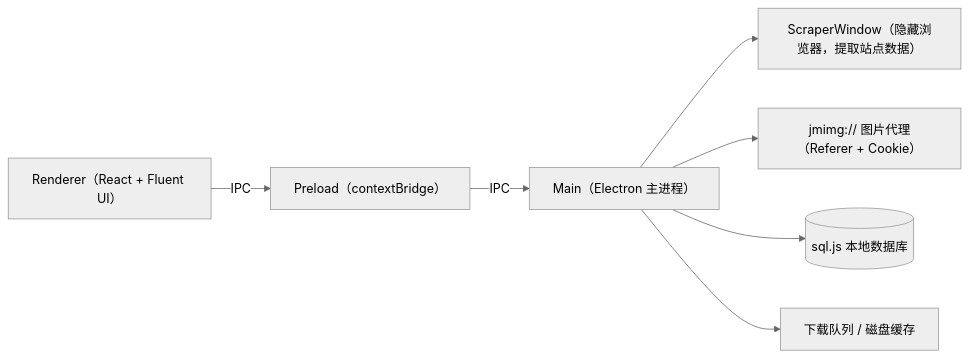
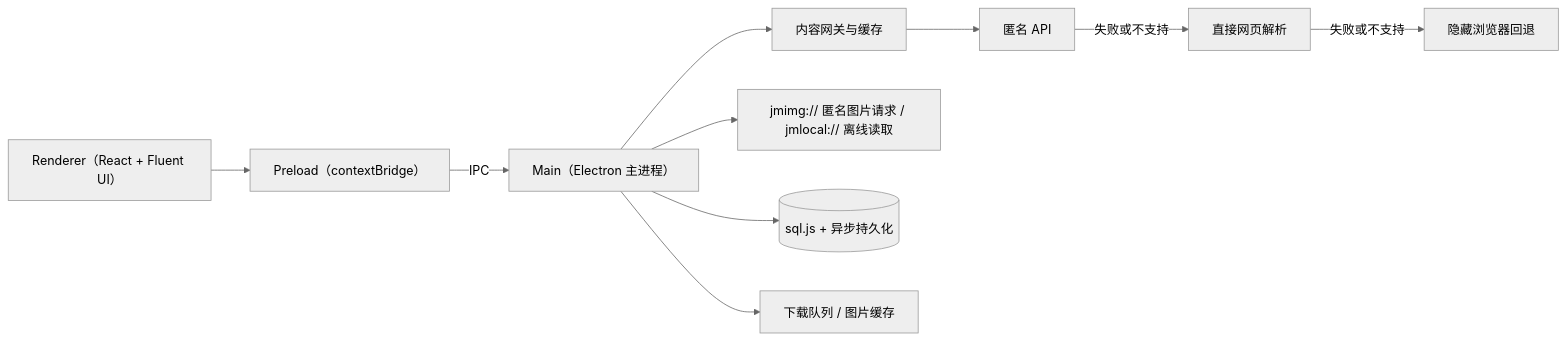
One commit to wanna-code12138/JMcomic-desktop changed the diagram in README.md. Above: the diagram before and after it, drawn with Mermaid (neutral theme). The commit also changed other lines of this file and 54 other files, not shown here.

````diff
--- a/README.md
+++ b/README.md
@@ -35,9 +41,12 @@
 ```mermaid
 flowchart LR
-  R["Renderer（React + Fluent UI）"] -->|IPC| P["Preload（contextBridge）"]
+  R["Renderer（React + Fluent UI）"] --> P["Preload（contextBridge）"]
   P -->|IPC| M["Main（Electron 主进程）"]
-  M --> SW["ScraperWindow（隐藏浏览器，提取站点数据）"]
-  M --> IMG["jmimg:// 图片代理（Referer + Cookie）"]
-  M --> DB[("sql.js 本地数据库")]
-  M --> DL["下载队列 / 磁盘缓存"]
+  M --> G["内容网关与缓存"]
+  G --> API["匿名 API"]
+  API -->|失败或不支持| WEB["直接网页解析"]
+  WEB -->|失败或不支持| SW["隐藏浏览器回退"]
+  M --> IMG["jmimg:// 匿名图片请求 / jmlocal:// 离线读取"]
+  M --> DB[("sql.js + 异步持久化")]
+  M --> DL["下载队列 / 图片缓存"]
 ```
````
